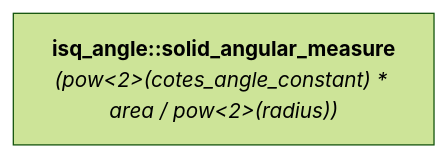
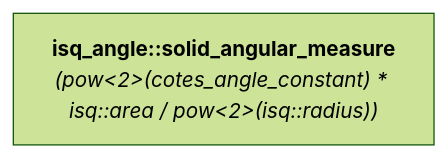
The diagram in docs/reference/systems_reference/hierarchies/solid_angular_measure.md (mpusz/mp-units), drawn with Mermaid (forest theme) before and after one commit. The commit also changed 27 other files, not shown here.

````diff
--- a/docs/reference/systems_reference/hierarchies/solid_angular_measure.md
+++ b/docs/reference/systems_reference/hierarchies/solid_angular_measure.md
@@ -8,4 +8,4 @@
 ```mermaid
 flowchart LR
-    isq_angle_solid_angular_measure["<b>isq_angle::solid_angular_measure</b><br><i>(pow<2>(cotes_angle_constant) * area / pow<2>(radius))</i>"]
+    isq_angle_solid_angular_measure["<b>isq_angle::solid_angular_measure</b><br><i>(pow<2>(cotes_angle_constant) * isq::area / pow<2>(isq::radius))</i>"]
 ```
````
